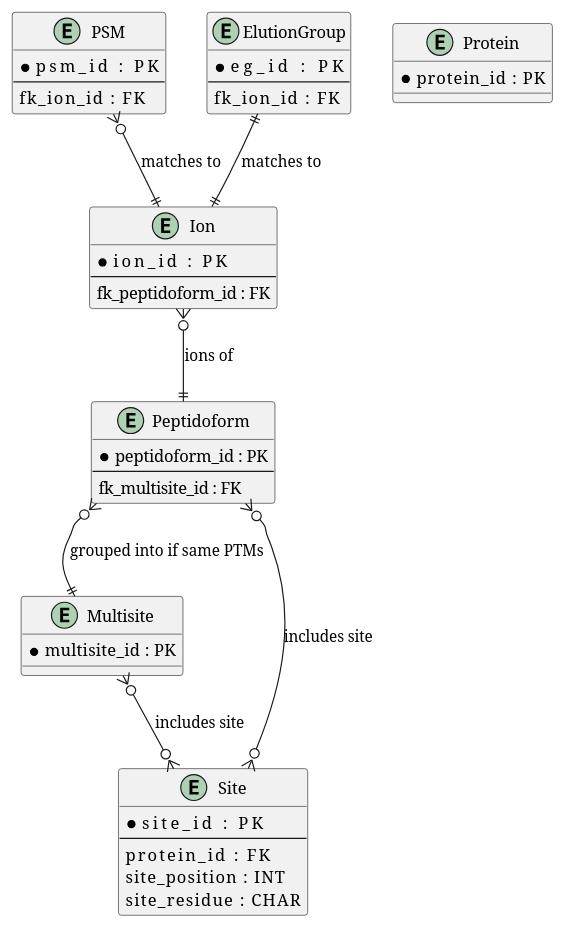
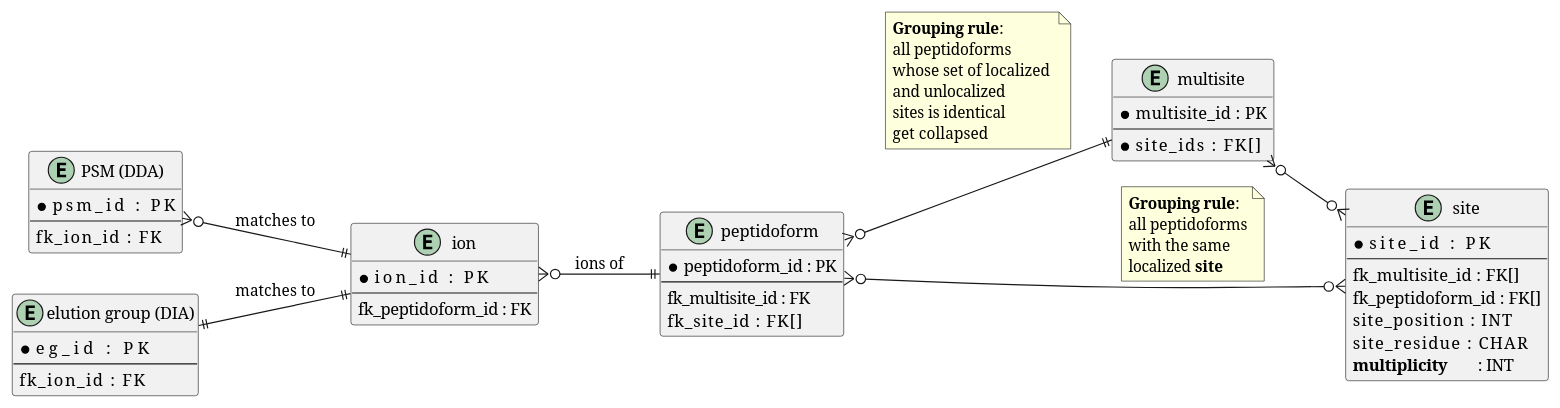
One commit to prolfqua/prophosqua changed the diagram in inst/application/PeptidoformMultiSite.puml. Above: the diagram before and after it, drawn with PlantUML. The commit also changed other lines of this file and 11 other files, not shown here.

```diff
--- a/inst/application/PeptidoformMultiSite.puml
+++ b/inst/application/PeptidoformMultiSite.puml
@@ -1,62 +2,79 @@
-@startuml PSMMatchIonPeptidoformMultisite
-entity "PSM" as PM {
+@startuml
+left to right direction
+
+entity "PSM (DDA)" as PM {
   * psm_id         : PK
   --
   fk_ion_id       : FK
 }
 
-entity "ElutionGroup" as EG {
+entity "elution group (DIA)" as EG {
   * eg_id          : PK
   --
   fk_ion_id       : FK
 }
 
-entity "Ion" as I {
+entity "ion" as I {
   * ion_id         : PK
   --
   fk_peptidoform_id : FK
 }
 
-entity "Peptidoform" as PF {
+entity "peptidoform" as PF {
   * peptidoform_id : PK
   --
   fk_multisite_id : FK
+  fk_site_id      : FK[]
 }
 
 
-entity "Multisite" as MS {
+entity "multisite" as MS {
   * multisite_id   : PK
+  --
+  * site_ids       : FK[]
   }
 
-entity "Site" as ModSite {
+entity "site" as ModSite {
   * site_id          : PK
   --
-  protein_id         : FK
+  fk_multisite_id    : FK[]
+  fk_peptidoform_id  : FK[]
   site_position      : INT
   site_residue       : CHAR
+  **multiplicity**       : INT
 }
 
-entity "Protein" as P {
-  * protein_id     : PK
-}
 
 
 ' DDA: many PSMMatches → one Ion
 PM }o--|| I : matches to
 
 ' DIA: many ElutionGroups → one Ion
 EG ||--|| I : matches to
 
 ' many Ions → one Peptidoform
 I  }o--|| PF : ions of
 
 ' many Peptidoforms → one Multisite
-PF }o--|| MS : grouped into if same PTMs
+PF }o--|| MS
+note on link
+  <b>Grouping rule</b>:  
+  all peptidoforms
+  whose set of localized 
+  and unlocalized 
+  sites is identical 
+  get collapsed
+end note
 
-PF    }o--o{ ModSite : "includes site"
+PF    }o--o{ ModSite
+note on link
+  <b>Grouping rule</b>:  
+  all peptidoforms
+  with the same 
+  localized **site**
+end note
 
-MS    }o--o{ ModSite : "includes site"
-
+MS    }o--o{ ModSite 
 
 
 @enduml
```
